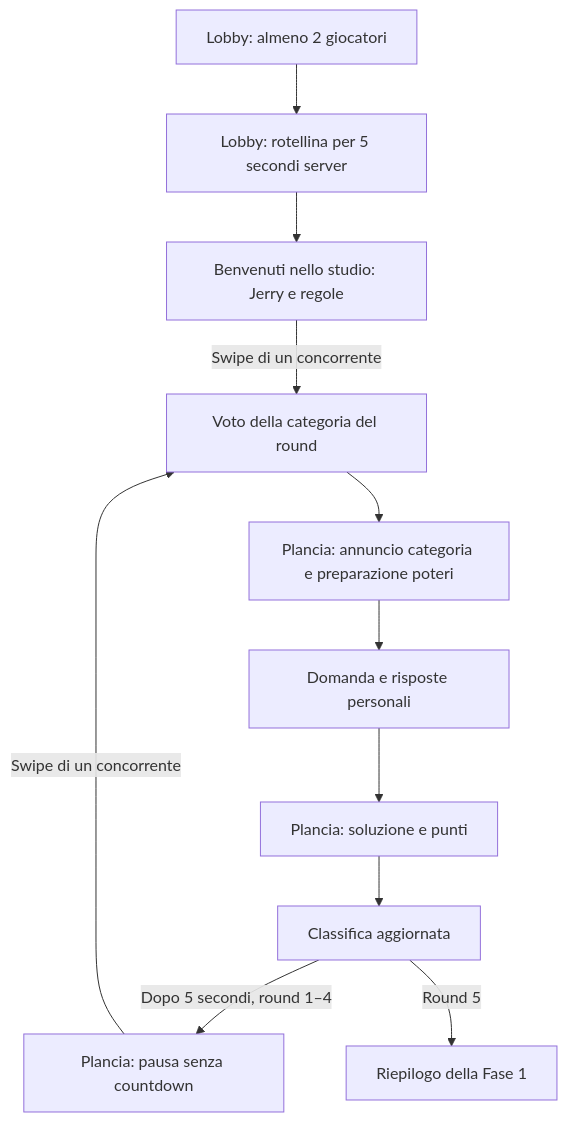
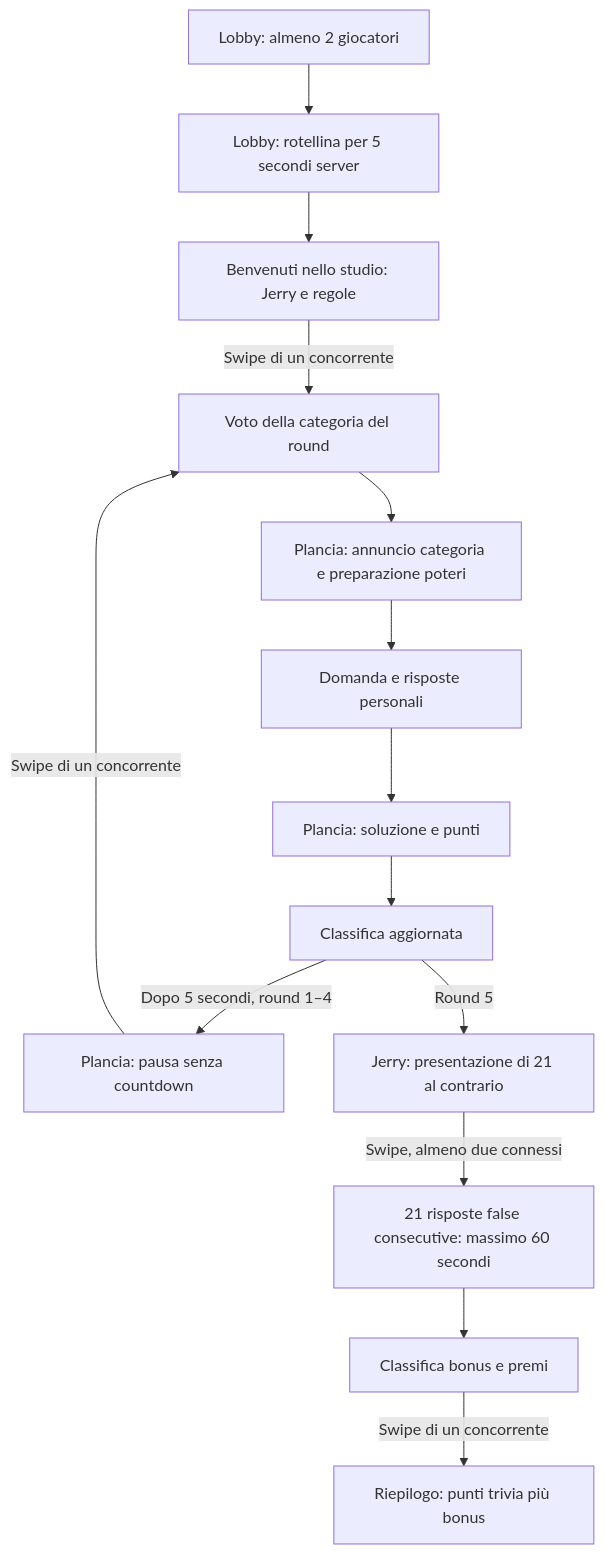
One commit to LucaCarr0/KnowBetter changed the diagram in docs/plans/02-fase-1-trivia.md. Above: the diagram before and after it, drawn with Mermaid. The commit also changed other lines of this file and 24 other files, not shown here.

````diff
--- a/docs/plans/02-fase-1-trivia.md
+++ b/docs/plans/02-fase-1-trivia.md
@@ -91,13 +91,16 @@
 ```mermaid
 flowchart TD
   L[Lobby: almeno 2 giocatori] --> C[Lobby: rotellina per 5 secondi server]
   C --> I[Benvenuti nello studio: Jerry e regole]
   I -->|Swipe di un concorrente| V[Voto della categoria del round]
   V --> A[Plancia: annuncio categoria e preparazione poteri]
   A --> D[Domanda e risposte personali]
   D --> E[Plancia: soluzione e punti]
   E --> R[Classifica aggiornata]
   R -->|Dopo 5 secondi, round 1–4| P[Plancia: pausa senza countdown]
   P -->|Swipe di un concorrente| V
-  R -->|Round 5| F[Riepilogo della Fase 1]
+  R -->|Round 5| BI[Jerry: presentazione di 21 al contrario]
+  BI -->|Swipe, almeno due connessi| BP[21 risposte false consecutive: massimo 60 secondi]
+  BP --> BR[Classifica bonus e premi]
+  BR -->|Swipe di un concorrente| F[Riepilogo: punti trivia più bonus]
 ```
````
